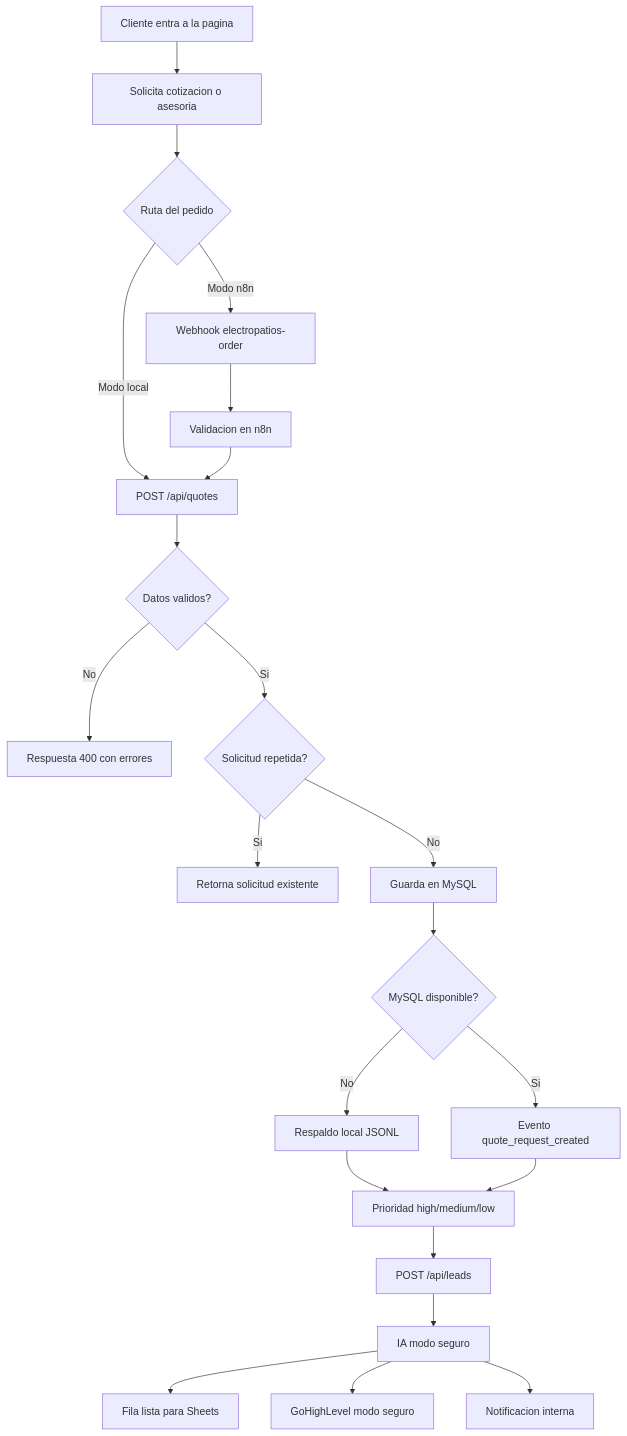
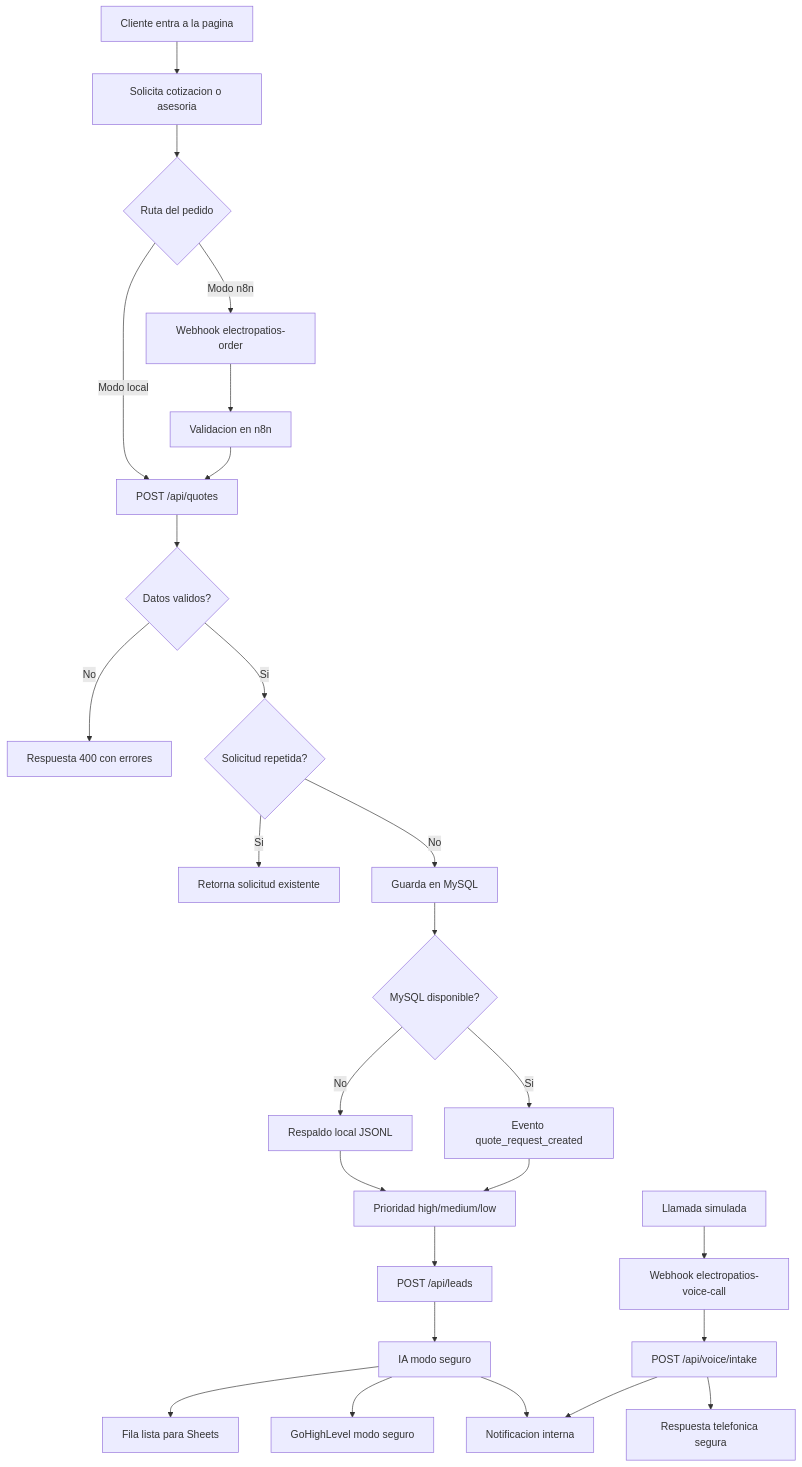
One commit to deyson24ivan/electropatios-quote-system changed the diagram in docs/architecture.md. Above: the diagram before and after it, drawn with Mermaid. The commit also changed other lines of this file and 14 other files, not shown here.

Commit message:
Add voice AI safe mode intake

````diff
--- a/docs/architecture.md
+++ b/docs/architecture.md
@@ -7,24 +7,28 @@
 ```mermaid
 flowchart TD
   A["Cliente entra a la pagina"] --> B["Solicita cotizacion o asesoria"]
   B --> C{"Ruta del pedido"}
   C -- "Modo local" --> D["POST /api/quotes"]
   C -- "Modo n8n" --> E["Webhook electropatios-order"]
   E --> F["Validacion en n8n"]
   F --> D
   D --> G{"Datos validos?"}
   G -- "No" --> H["Respuesta 400 con errores"]
   G -- "Si" --> I{"Solicitud repetida?"}
   I -- "Si" --> J["Retorna solicitud existente"]
   I -- "No" --> K["Guarda en MySQL"]
   K --> L{"MySQL disponible?"}
   L -- "No" --> M["Respaldo local JSONL"]
   L -- "Si" --> N["Evento quote_request_created"]
   M --> O["Prioridad high/medium/low"]
   N --> O
   O --> P["POST /api/leads"]
   P --> Q["IA modo seguro"]
   Q --> R["Fila lista para Sheets"]
   Q --> S["GoHighLevel modo seguro"]
   Q --> T["Notificacion interna"]
+  U["Llamada simulada"] --> V["Webhook electropatios-voice-call"]
+  V --> W["POST /api/voice/intake"]
+  W --> X["Respuesta telefonica segura"]
+  W --> T
 ```
````
